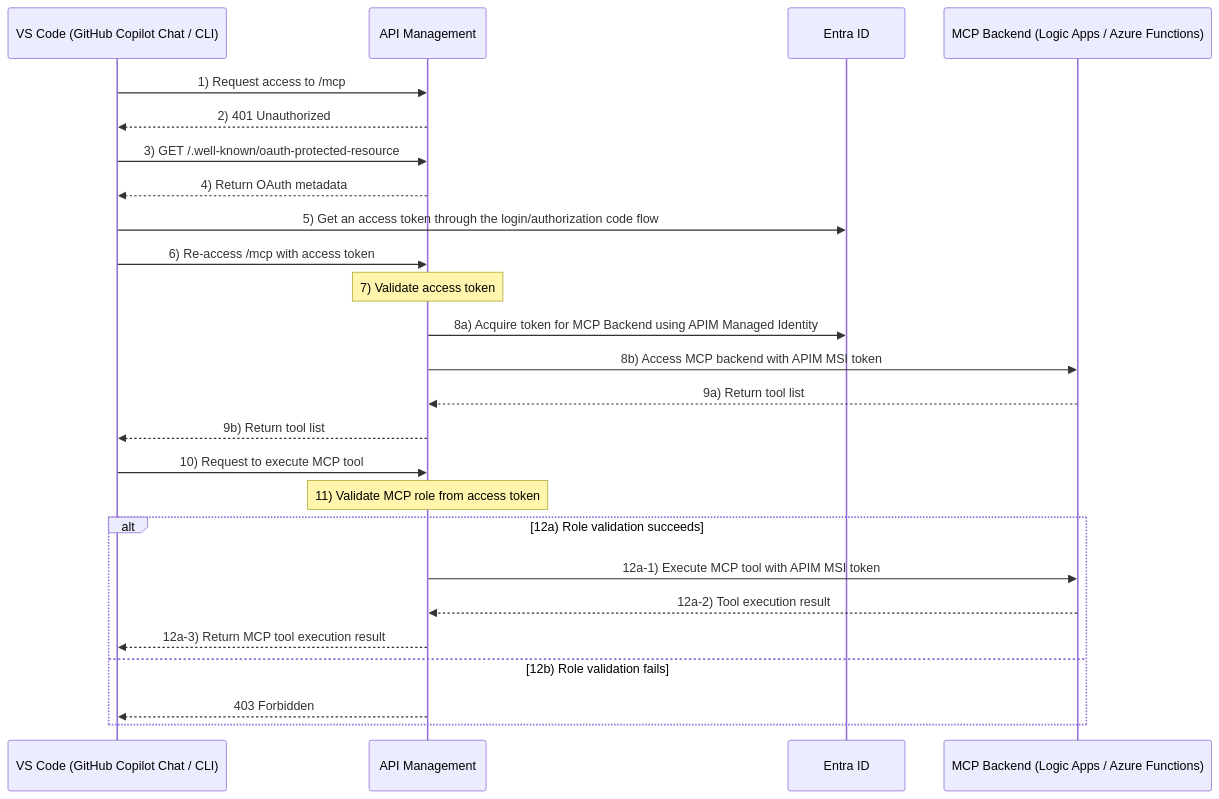
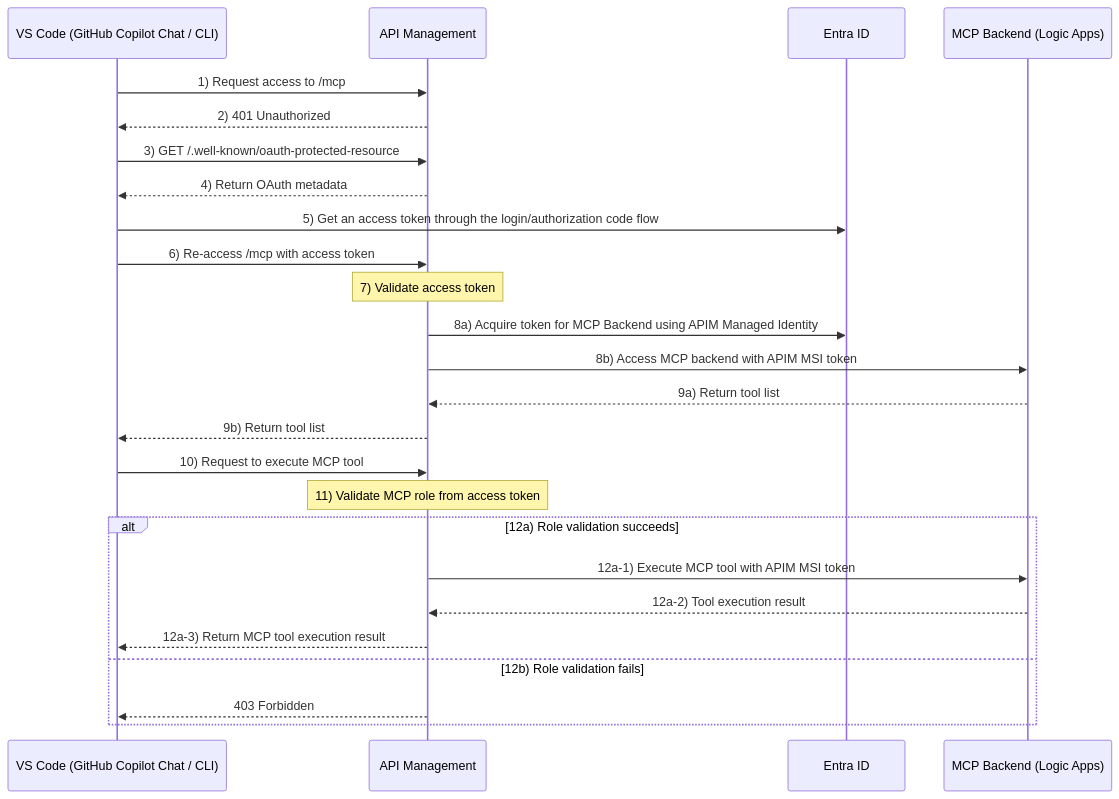
The fourth of 4 diagrams in README.md (apc-n-orita/apim-mcp-oauth), drawn with Mermaid before and after one commit. The commit also changed other lines of this file and 26 other files, not shown here.

````diff
--- a/README.md
+++ b/README.md
@@ -382,33 +358,33 @@
 ```mermaid
 sequenceDiagram
     participant VS as VS Code (GitHub Copilot Chat / CLI)
     participant APIM as API Management
     participant ID as Entra ID
-    participant MCP as MCP Backend (Logic Apps / Azure Functions)
+    participant MCP as MCP Backend (Logic Apps)
 
     VS->>APIM: 1) Request access to /mcp
     APIM-->>VS: 2) 401 Unauthorized
 
     VS->>APIM: 3) GET /.well-known/oauth-protected-resource
     APIM-->>VS: 4) Return OAuth metadata
 
     VS->>ID: 5) Get an access token through the login/authorization code flow
 
     VS->>APIM: 6) Re-access /mcp with access token
     Note over APIM: 7) Validate access token
     APIM->>ID: 8a) Acquire token for MCP Backend using APIM Managed Identity
     APIM->>MCP: 8b) Access MCP backend with APIM MSI token
     MCP-->>APIM: 9a) Return tool list
     APIM-->>VS: 9b) Return tool list
 
     VS->>APIM: 10) Request to execute MCP tool
     Note over APIM: 11) Validate MCP role from access token
 
     alt 12a) Role validation succeeds
         APIM->>MCP: 12a-1) Execute MCP tool with APIM MSI token
         MCP-->>APIM: 12a-2) Tool execution result
         APIM-->>VS: 12a-3) Return MCP tool execution result
     else 12b) Role validation fails
         APIM-->>VS: 403 Forbidden
     end
 ```
````
